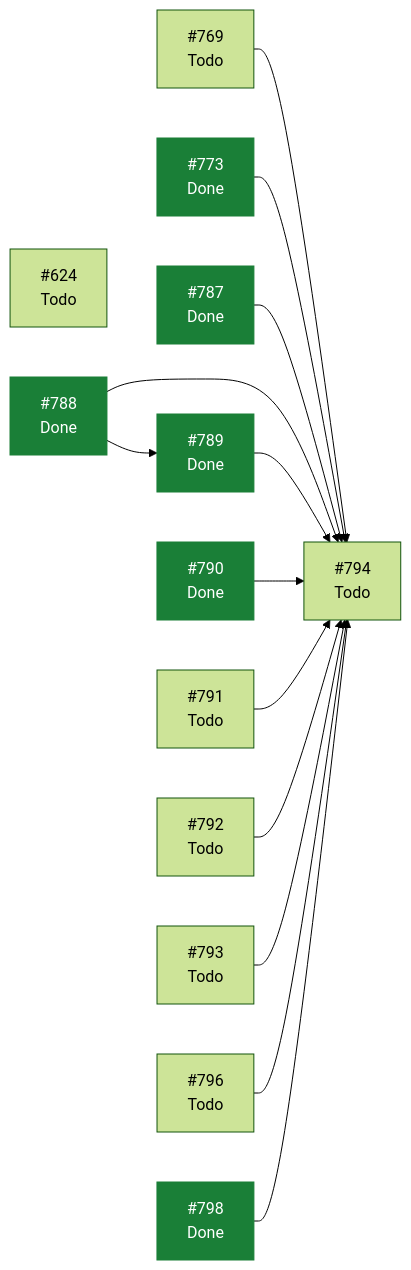
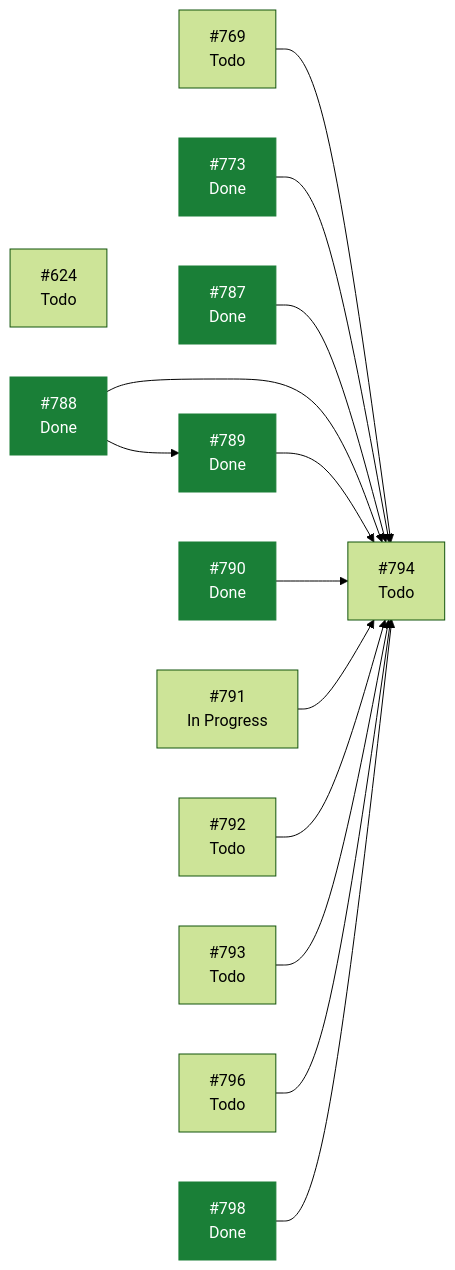
Before and after one commit to ecamp0s/evault: the diagram in docs/planning/STATUS.md, drawn with Mermaid (forest theme). The commit also changed other lines of this file, not shown here.

````diff
--- a/docs/planning/STATUS.md
+++ b/docs/planning/STATUS.md
@@ -94,30 +94,30 @@
 ```mermaid
 graph LR
   I624["#624<br/>Todo"]
   I769["#769<br/>Todo"]
   I773["#773<br/>Done"]
   I787["#787<br/>Done"]
   I788["#788<br/>Done"]
   I789["#789<br/>Done"]
   I790["#790<br/>Done"]
-  I791["#791<br/>Todo"]
+  I791["#791<br/>In Progress"]
   I792["#792<br/>Todo"]
   I793["#793<br/>Todo"]
   I794["#794<br/>Todo"]
   I796["#796<br/>Todo"]
   I798["#798<br/>Done"]
   I769 --> I794
   I773 --> I794
   I787 --> I794
   I788 --> I789
   I788 --> I794
   I789 --> I794
   I790 --> I794
   I791 --> I794
   I792 --> I794
   I793 --> I794
   I796 --> I794
   I798 --> I794
   classDef hecho fill:#1a7f37,stroke:#1a7f37,color:#fff;
   class I773,I787,I788,I789,I790,I798 hecho;
 ```
````
